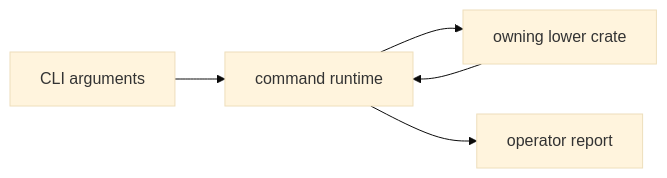
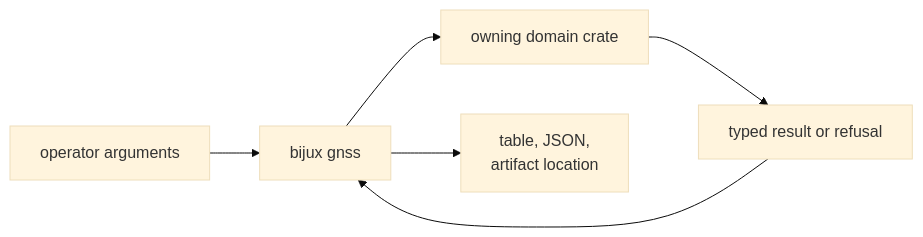
The diagram in crates/bijux-gnss/README.md (bijux/bijux-telecom), drawn with Mermaid (base theme) before and after one commit. The commit also changed other lines of this file, not shown here.

Commit message:
docs(gnss): distinguish command and facade entrypoints

````diff
--- a/crates/bijux-gnss/README.md
+++ b/crates/bijux-gnss/README.md
@@ -56,12 +46,10 @@
 ```mermaid
 flowchart LR
-    args["CLI arguments"]
-    runtime["command runtime"]
-    owner["owning lower crate"]
-    report["operator report"]
+    arguments["operator arguments"]
+    command["bijux gnss"]
+    domain["owning domain crate"]
+    typed["typed result or refusal"]
+    presentation["table, JSON,<br/>artifact location"]
 
-    args --> runtime
-    runtime --> owner
-    owner --> runtime
-    runtime --> report
+    arguments --> command --> domain --> typed --> command --> presentation
 ```
````
